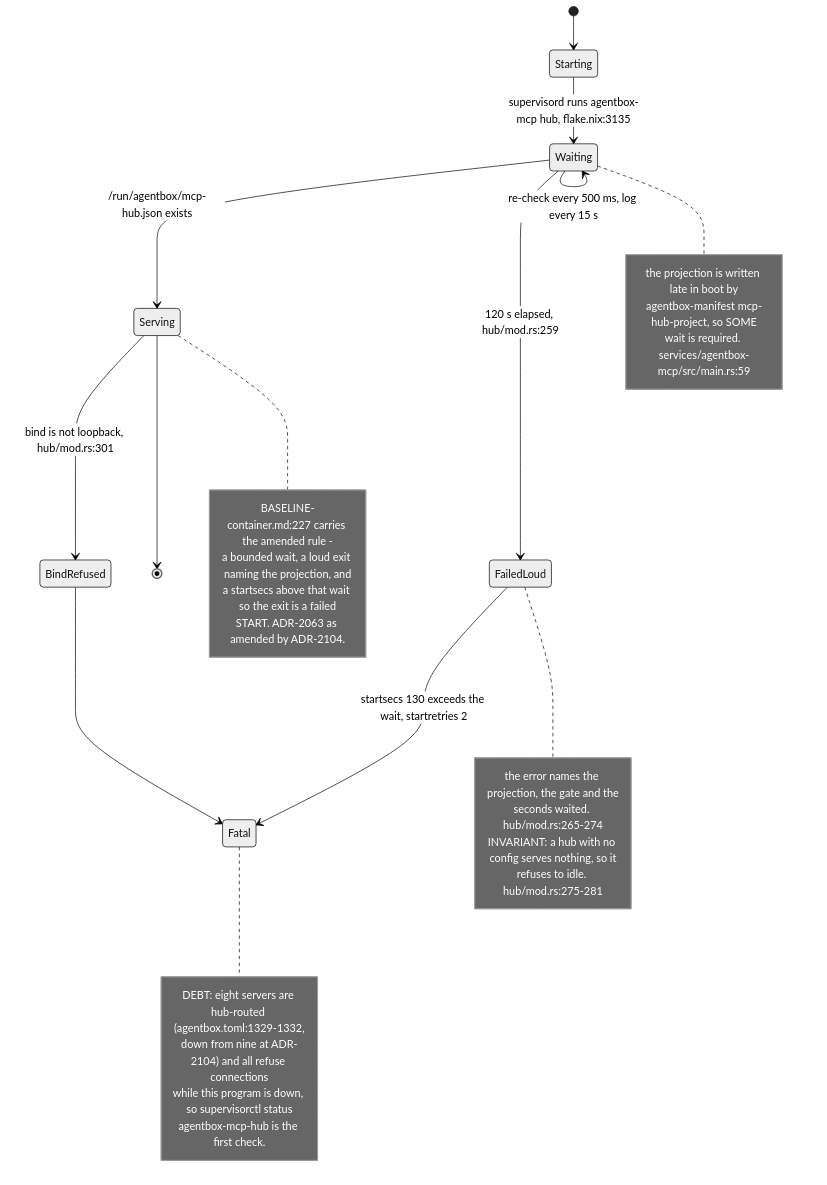
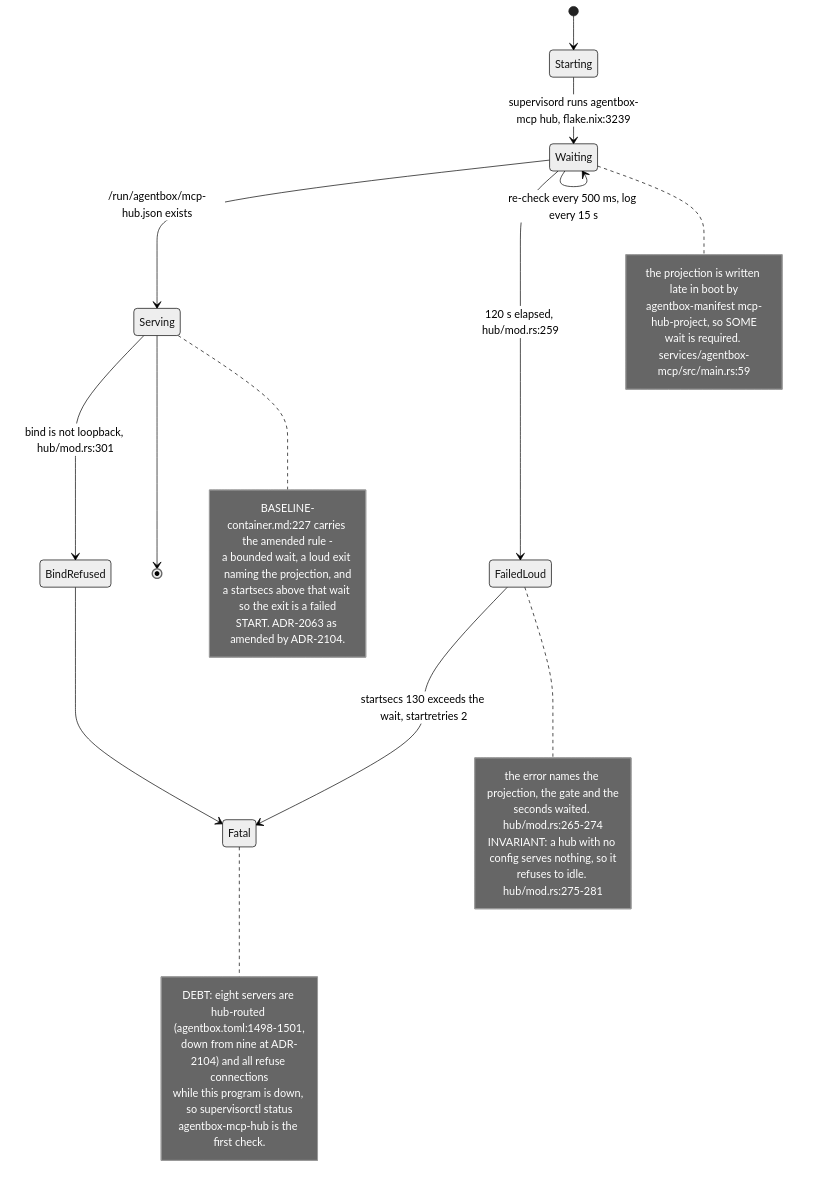
One commit to DreamLab-AI/VisionFlow changed the seventh of 7 diagrams in docs/diagrams/agentbox/09-mcp-servers-catalogue.md. Above: the diagram before and after it, drawn with Mermaid (neutral theme). The commit also changed other lines of this file and 80 other files, not shown here.

First line of the commit message:
docs(diagrams): re-verify the agentbox, dreamlab, estate and visionflow corpus against current sources

````diff
--- a/docs/diagrams/agentbox/09-mcp-servers-catalogue.md
+++ b/docs/diagrams/agentbox/09-mcp-servers-catalogue.md
@@ -222,35 +224,35 @@
 ```mermaid
 stateDiagram-v2
     [*] --> Starting
-    Starting --> Waiting : supervisord runs agentbox-mcp hub, flake.nix:3135
+    Starting --> Waiting : supervisord runs agentbox-mcp hub, flake.nix:3239
     Waiting --> Serving : /run/agentbox/mcp-hub.json exists
     Waiting --> Waiting : re-check every 500 ms, log every 15 s
     Waiting --> FailedLoud : 120 s elapsed, hub/mod.rs:259
     Serving --> BindRefused : bind is not loopback, hub/mod.rs:301
     FailedLoud --> Fatal : startsecs 130 exceeds the wait, startretries 2
     BindRefused --> Fatal
     Serving --> [*]
     note right of Waiting
         the projection is written late in boot by
         agentbox-manifest mcp-hub-project, so SOME
         wait is required. services/agentbox-mcp/src/main.rs:59
     end note
     note right of FailedLoud
         the error names the projection, the gate and the
         seconds waited. hub/mod.rs:265-274
         INVARIANT: a hub with no config serves nothing, so it
         refuses to idle. hub/mod.rs:275-281
     end note
     note right of Serving
         BASELINE-container.md:227 carries the amended rule -
         a bounded wait, a loud exit naming the projection, and
         a startsecs above that wait so the exit is a failed
         START. ADR-2063 as amended by ADR-2104.
     end note
     note right of Fatal
-        DEBT: eight servers are hub-routed (agentbox.toml:1329-1332,
+        DEBT: eight servers are hub-routed (agentbox.toml:1498-1501,
         down from nine at ADR-2104) and all refuse connections
         while this program is down, so supervisorctl status
         agentbox-mcp-hub is the first check.
     end note
 ```
````
